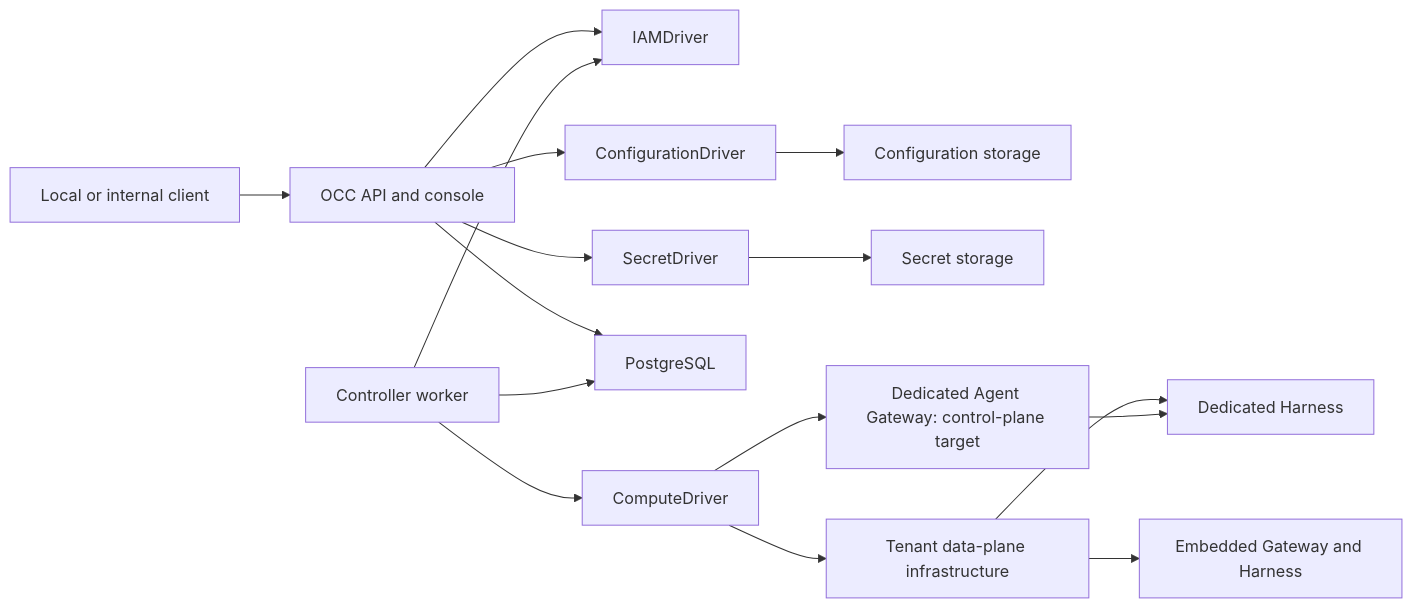
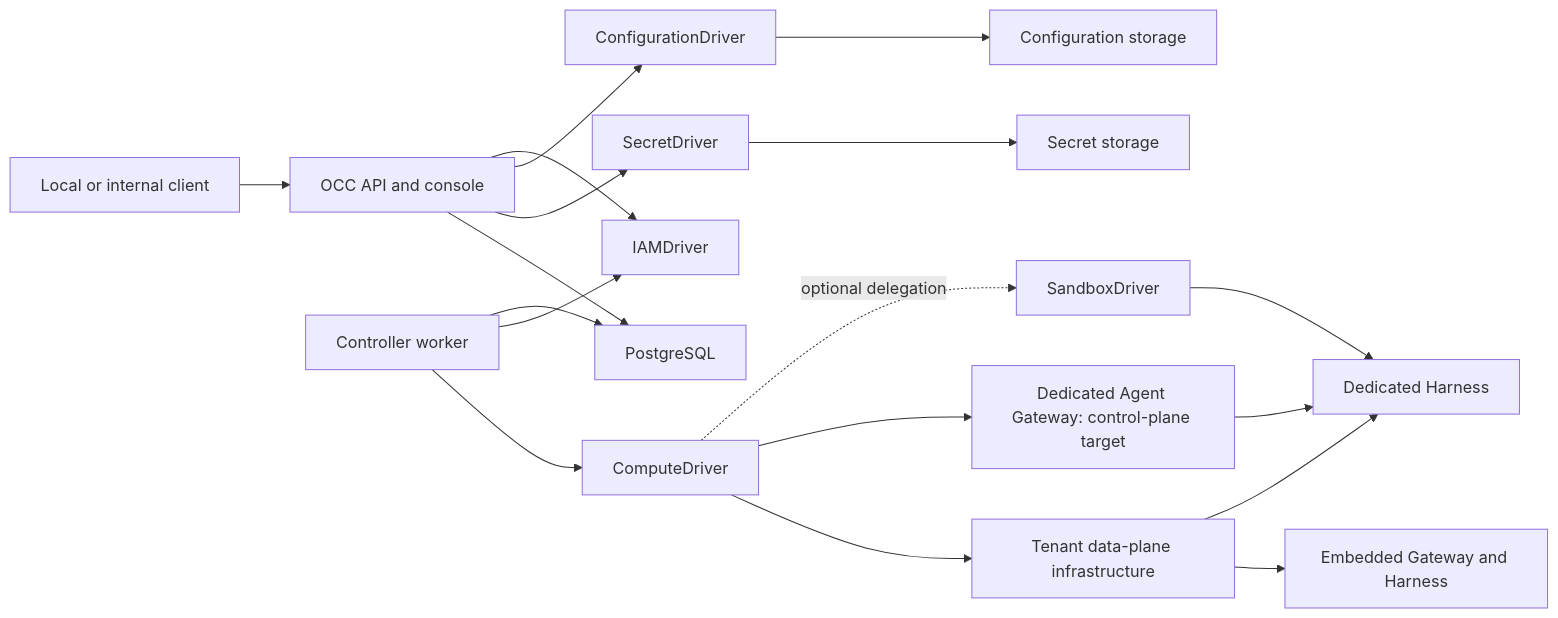
The first of 2 diagrams in docs/ARCHITECTURE.md (IsaiahStapleton/openclaw-enterprise), drawn with Mermaid before and after one commit. The commit also changed other lines of this file and 29 other files, not shown here.

````diff
--- a/docs/ARCHITECTURE.md
+++ b/docs/ARCHITECTURE.md
@@ -16,18 +16,20 @@
 ```mermaid
 flowchart LR
     Client["Local or internal client"] --> API["OCC API and console"]
     API --> IAM["IAMDriver"]
     API --> Config["ConfigurationDriver"]
     API --> Secret["SecretDriver"]
     API --> DB["PostgreSQL"]
     Worker["Controller worker"] --> DB
     Worker --> IAM
     Worker --> Compute["ComputeDriver"]
+    Compute -. "optional delegation" .-> Sandbox["SandboxDriver"]
     Config --> ConfigStore["Configuration storage"]
     Secret --> SecretStore["Secret storage"]
     Compute --> Gateway["Dedicated Agent Gateway: control-plane target"]
     Compute --> Namespace["Tenant data-plane infrastructure"]
     Namespace --> Harness["Dedicated Harness"]
     Namespace --> Embedded["Embedded Gateway and Harness"]
     Gateway --> Harness
+    Sandbox --> Harness
 ```
````
